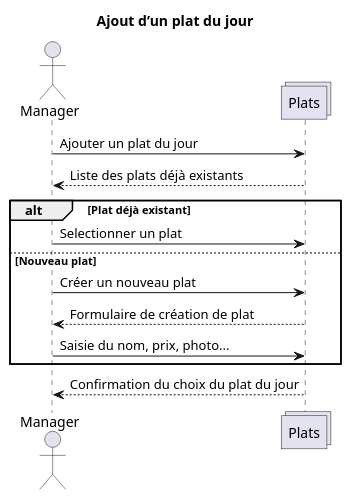
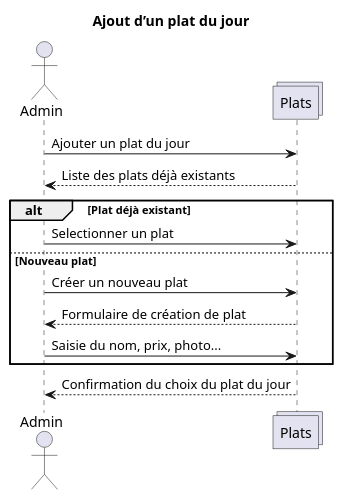
The diagram in uml/sequence-plat.plantuml (sjaulin/expressfood), drawn with PlantUML before and after one commit. The commit also changed 1 other file, not shown here.

Commit message:
Update sequence diag.

```diff
--- a/uml/sequence-plat.plantuml
+++ b/uml/sequence-plat.plantuml
@@ -1,16 +1,16 @@
 @startuml
 title Ajout d’un plat du jour
-actor Manager
+actor Admin
 collections Plats 
-Manager -> Plats : Ajouter un plat du jour
-Plats --> Manager : Liste des plats déjà existants
+Admin -> Plats : Ajouter un plat du jour
+Plats --> Admin : Liste des plats déjà existants
 alt Plat déjà existant
-Manager -> Plats : Selectionner un plat
+Admin -> Plats : Selectionner un plat
 else Nouveau plat
-Manager -> Plats : Créer un nouveau plat
-Plats --> Manager : Formulaire de création de plat
-Manager -> Plats : Saisie du nom, prix, photo...
+Admin -> Plats : Créer un nouveau plat
+Plats --> Admin : Formulaire de création de plat
+Admin -> Plats : Saisie du nom, prix, photo...
 end
-Plats --> Manager : Confirmation du choix du plat du jour
+Plats --> Admin : Confirmation du choix du plat du jour
 
 @enduml
```
